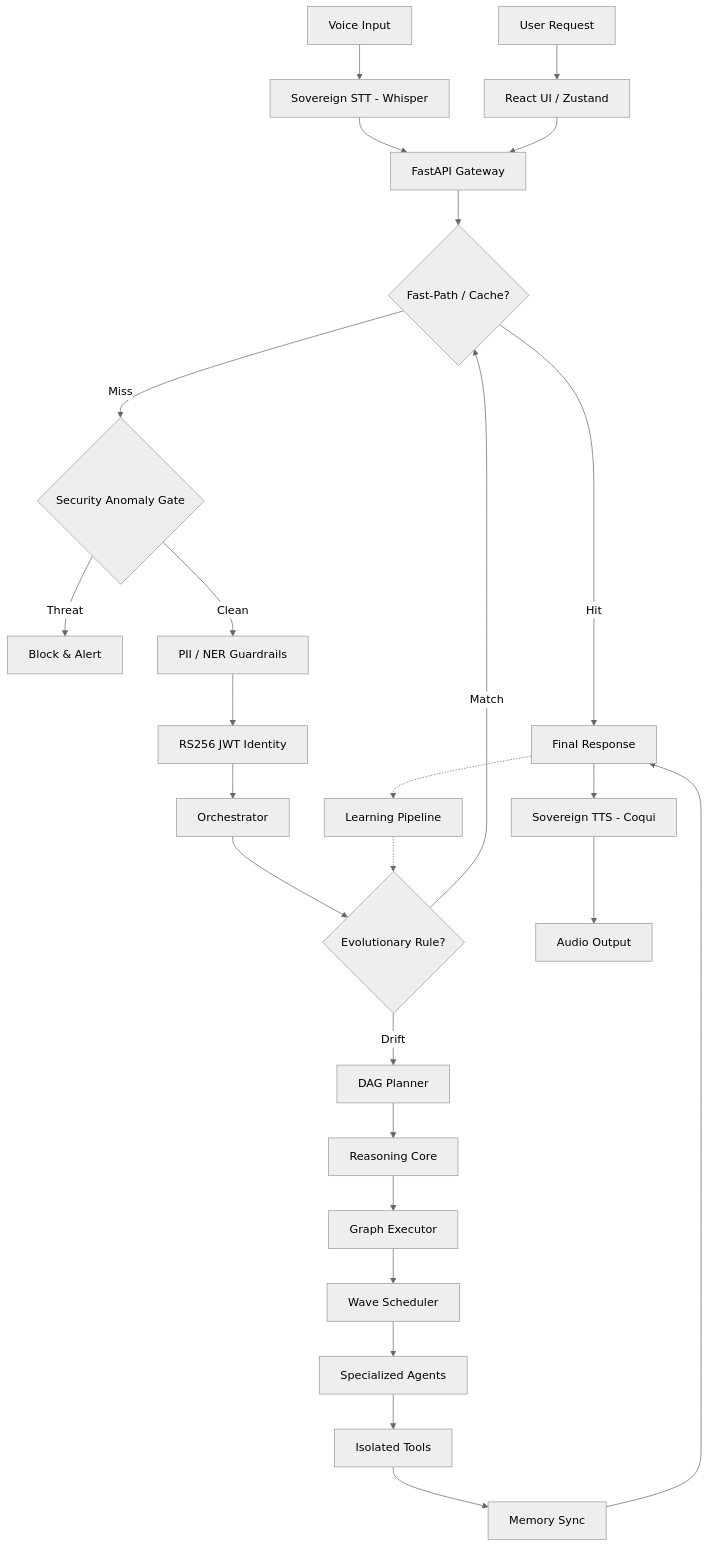
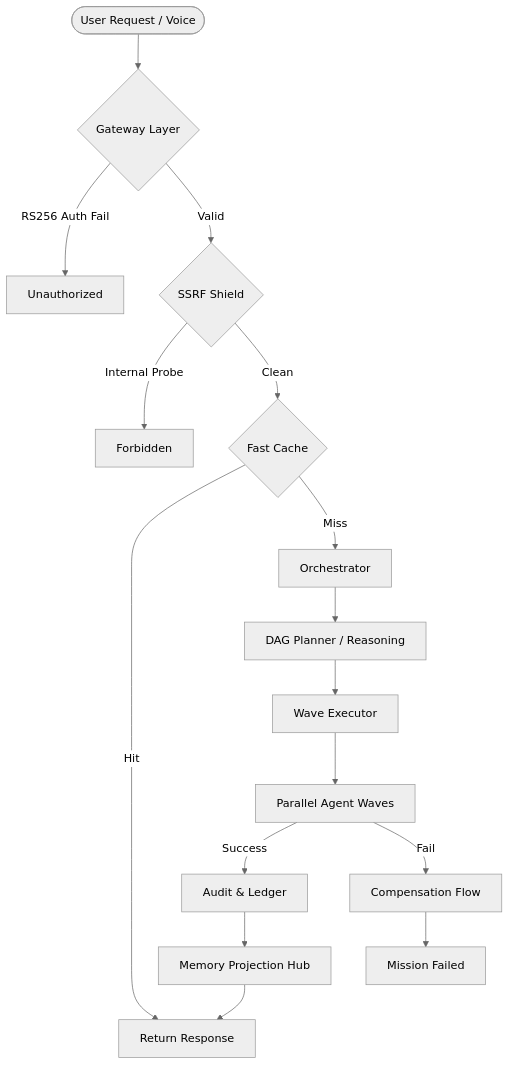
One commit to Blackdrg/levi-ai-innovate changed the first of 12 diagrams in README.md. Above: the diagram before and after it, drawn with Mermaid (neutral theme). The commit also changed other lines of this file and 34 other files, not shown here.

Commit message:
feat: finalize production documentation and architectural hardening

````diff
--- a/README.md
+++ b/README.md
@@ -368,28 +84,18 @@
 ```mermaid
 graph TD
-    User[User Request] --> Frontend[React UI / Zustand]
-    VoiceInput[Voice Input] --> STT[Sovereign STT - Whisper]
-    STT --> Gateway[FastAPI Gateway]
-    Frontend --> Gateway
-    Gateway --> FastPath{Fast-Path / Cache?}
-    FastPath -- Hit --> Response[Response]
-    FastPath -- Miss --> SecurityGate{Security Anomaly Gate}
-    SecurityGate -- Threat --> Block[Block & Alert]
-    SecurityGate -- Clean --> Guardrails[PII / NER Guardrails]
-    Guardrails --> Auth[RS256 JWT Identity]
-    Auth --> Orchestrator[Orchestrator]
-    Orchestrator --> Evolution{Evolutionary Rule?}
-    Evolution -- Match --> FastPath
-    Evolution -- Drift --> Planner[DAG Planner]
-    Planner --> Reasoning[Reasoning Core]
-    Reasoning --> Executor[Graph Executor]
-    Executor --> Wave[Wave Scheduler]
-    Wave --> Agents[Specialized Agents]
-    Agents --> Tools[Isolated Tools]
-    Tools --> Memory[Memory Sync]
-    Memory --> Response[Final Response]
-    Response --> TTS[Sovereign TTS - Coqui]
-    TTS --> VoiceOutput[Audio Output]
-    Response -.-> Learning[Learning Pipeline]
-    Learning -.-> Evolution
+    User([User Request / Voice]) --> Gate{Gateway Layer}
+    Gate -- RS256 Auth Fail --> 401[Unauthorized]
+    Gate -- Valid --> SSRF{SSRF Shield}
+    SSRF -- Internal Probe --> 403[Forbidden]
+    SSRF -- Clean --> CacheCheck{Fast Cache}
+    CacheCheck -- Hit --> Reply[Return Response]
+    CacheCheck -- Miss --> Orch[Orchestrator]
+    Orch --> Plan[DAG Planner / Reasoning]
+    Plan --> Exec[Wave Executor]
+    Exec --> Node[Parallel Agent Waves]
+    Node -- Success --> Audit[Audit & Ledger]
+    Node -- Fail --> Comp[Compensation Flow]
+    Comp --> Fail[Mission Failed]
+    Audit --> Mem[Memory Projection Hub]
+    Mem --> Reply
 ```
````
